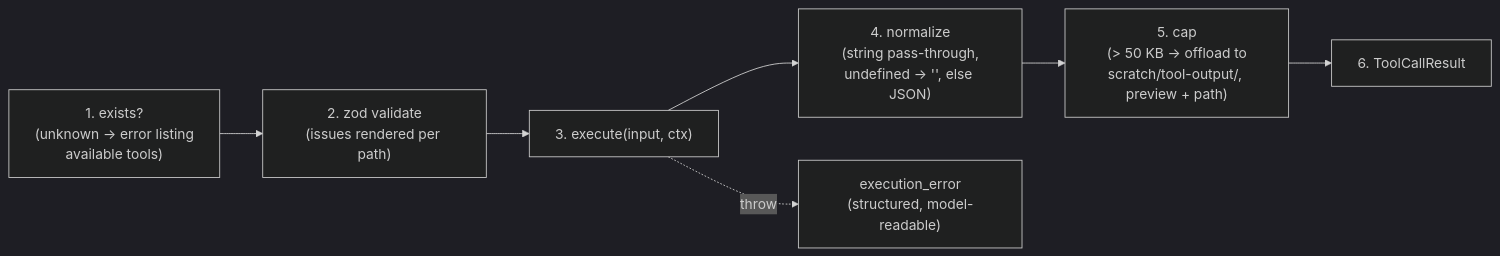
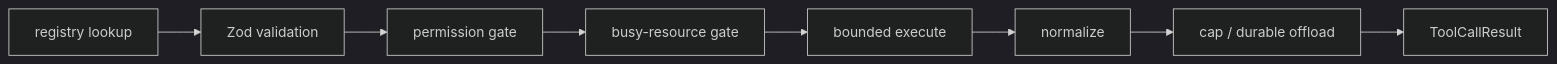
The third of 5 diagrams in .agents/summary/workflows.md (briosolivares/evidence-collection-agent), drawn with Mermaid (dark theme) before and after one commit. The commit also changed other lines of this file and 23 other files, not shown here.

Commit message:
docs: consolidate v3 architecture guidance

````diff
--- a/.agents/summary/workflows.md
+++ b/.agents/summary/workflows.md
@@ -55,9 +78,10 @@
 ```mermaid
 flowchart LR
-    A["1. exists?\n(unknown → error listing\navailable tools)"] --> B["2. zod validate\n(issues rendered per path)"]
-    B --> C["3. execute(input, ctx)"]
-    C --> D["4. normalize\n(string pass-through,\nundefined → '', else JSON)"]
-    D --> E["5. cap\n(> 50 KB → offload to\nscratch/tool-output/, preview + path)"]
-    E --> F["6. ToolCallResult"]
-    C -.->|"throw"| X["execution_error\n(structured, model-readable)"]
+    A["registry lookup"] --> B["Zod validation"]
+    B --> C["permission gate"]
+    C --> D["busy-resource gate"]
+    D --> E["bounded execute"]
+    E --> F["normalize"]
+    F --> G["cap / durable offload"]
+    G --> H["ToolCallResult"]
 ```
````
